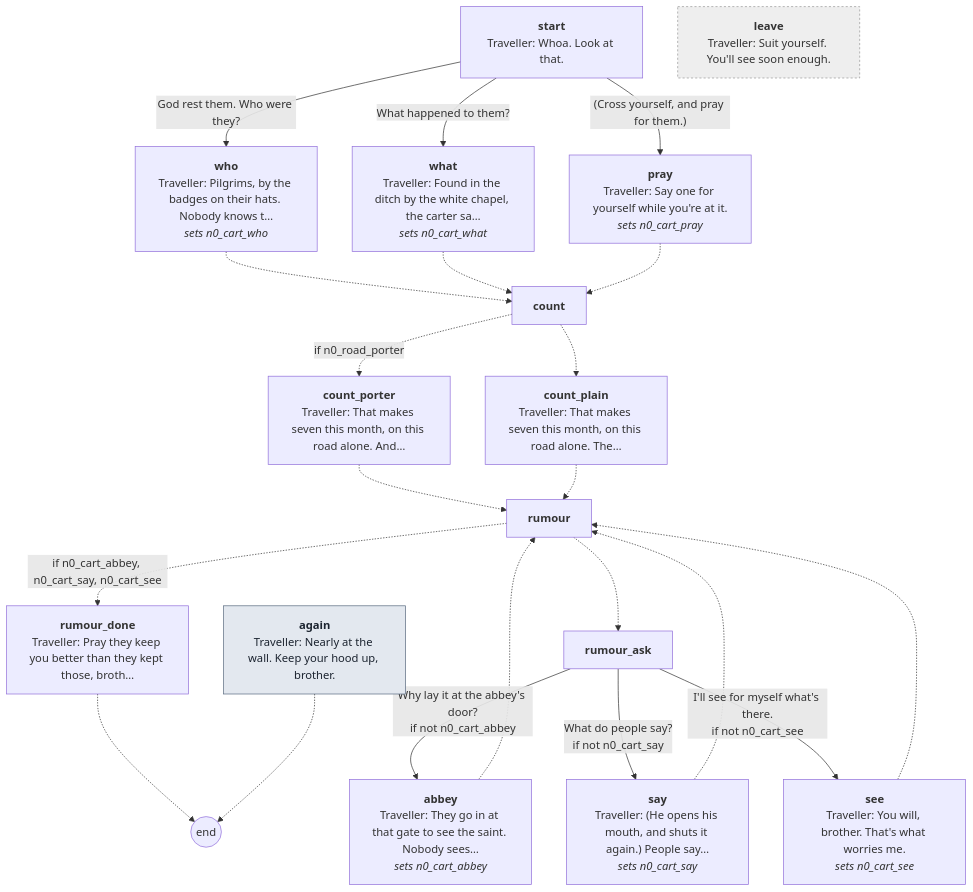
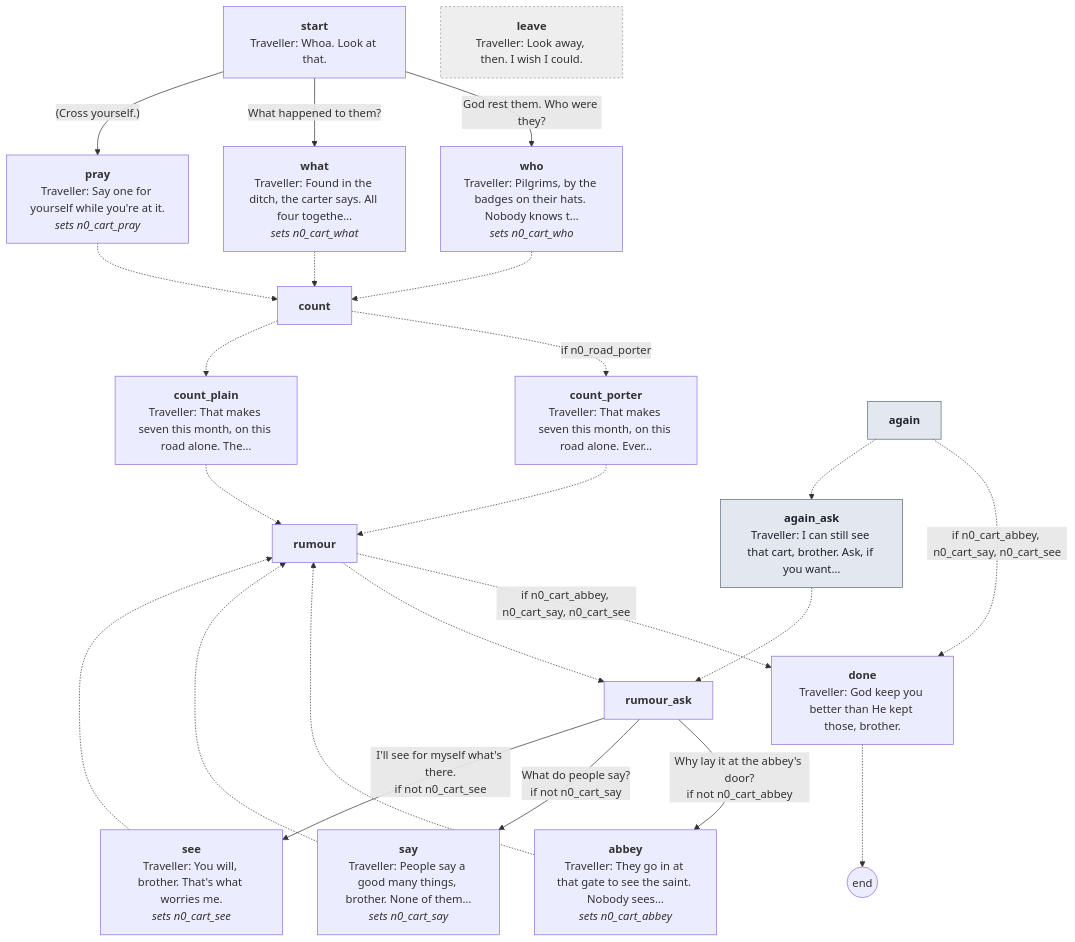
One commit to toastynaan/the-porter changed diagram 12 of 15 in docs/script/night0.md. Above: the diagram before and after it, drawn with Mermaid. The commit also changed other lines of this file and 28 other files, not shown here.

First line of the commit message:
Night 0 finished: final talks and a last scene you can see

````diff
--- a/docs/script/night0.md
+++ b/docs/script/night0.md
@@ -1209,44 +1488,48 @@
 ```mermaid
 flowchart TD
   p_start["<b>start</b><br/>Traveller: Whoa. Look at that."]
   p_who["<b>who</b><br/>Traveller: Pilgrims, by the badges on their hats. Nobody knows t…<br/><i>sets n0_cart_who</i>"]
-  p_what["<b>what</b><br/>Traveller: Found in the ditch by the white chapel, the carter sa…<br/><i>sets n0_cart_what</i>"]
+  p_what["<b>what</b><br/>Traveller: Found in the ditch, the carter says. All four togethe…<br/><i>sets n0_cart_what</i>"]
   p_pray["<b>pray</b><br/>Traveller: Say one for yourself while you're at it.<br/><i>sets n0_cart_pray</i>"]
   p_count["<b>count</b>"]
-  p_count_porter["<b>count_porter</b><br/>Traveller: That makes seven this month, on this road alone. And…"]
+  p_count_porter["<b>count_porter</b><br/>Traveller: That makes seven this month, on this road alone. Ever…"]
   p_count_plain["<b>count_plain</b><br/>Traveller: That makes seven this month, on this road alone. The…"]
   p_rumour["<b>rumour</b>"]
   p_rumour_ask["<b>rumour_ask</b>"]
   p_abbey["<b>abbey</b><br/>Traveller: They go in at that gate to see the saint. Nobody sees…<br/><i>sets n0_cart_abbey</i>"]
-  p_say["<b>say</b><br/>Traveller: (He opens his mouth, and shuts it again.) People say…<br/><i>sets n0_cart_say</i>"]
+  p_say["<b>say</b><br/>Traveller: People say a good many things, brother. None of them…<br/><i>sets n0_cart_say</i>"]
   p_see["<b>see</b><br/>Traveller: You will, brother. That's what worries me.<br/><i>sets n0_cart_see</i>"]
-  p_rumour_done["<b>rumour_done</b><br/>Traveller: Pray they keep you better than they kept those, broth…"]
-  p_again["<b>again</b><br/>Traveller: Nearly at the wall. Keep your hood up, brother."]
-  p_leave["<b>leave</b><br/>Traveller: Suit yourself. You'll see soon enough."]
+  p_done["<b>done</b><br/>Traveller: God keep you better than He kept those, brother."]
+  p_again["<b>again</b>"]
+  p_again_ask["<b>again_ask</b><br/>Traveller: I can still see that cart, brother. Ask, if you want…"]
+  p_leave["<b>leave</b><br/>Traveller: Look away, then. I wish I could."]
   end_((end))
   p_start -->|"God rest them. Who were they?"| p_who
   p_start -->|"What happened to them?"| p_what
-  p_start -->|"(Cross yourself, and pray for them.)"| p_pray
+  p_start -->|"(Cross yourself.)"| p_pray
   p_who -.-> p_count
   p_what -.-> p_count
   p_pray -.-> p_count
   p_count -.->|"if n0_road_porter"| p_count_porter
   p_count -.-> p_count_plain
   p_count_porter -.-> p_rumour
   p_count_plain -.-> p_rumour
-  p_rumour -.->|"if n0_cart_abbey, n0_cart_say, n0_cart_see"| p_rumour_done
+  p_rumour -.->|"if n0_cart_abbey, n0_cart_say, n0_cart_see"| p_done
   p_rumour -.-> p_rumour_ask
   p_rumour_ask -->|"Why lay it at the abbey's door?<br/>if not n0_cart_abbey"| p_abbey
   p_rumour_ask -->|"What do people say?<br/>if not n0_cart_say"| p_say
   p_rumour_ask -->|"I'll see for myself what's there.<br/>if not n0_cart_see"| p_see
   p_abbey -.-> p_rumour
   p_say -.-> p_rumour
   p_see -.-> p_rumour
-  p_rumour_done -.-> end_
-  p_again -.-> end_
+  p_done -.-> end_
+  p_again -.->|"if n0_cart_abbey, n0_cart_say, n0_cart_see"| p_done
+  p_again -.-> p_again_ask
+  p_again_ask -.-> p_rumour_ask
   classDef claim fill:#f3e3b5,stroke:#9a6b1a,color:#2b2116
   classDef again fill:#e3e8ef,stroke:#5b6b80,color:#1c2430
   classDef leave fill:#eee,stroke:#999,color:#333,stroke-dasharray: 3 3
   class p_again again
+  class p_again_ask again
   class p_leave leave
 ```
````
